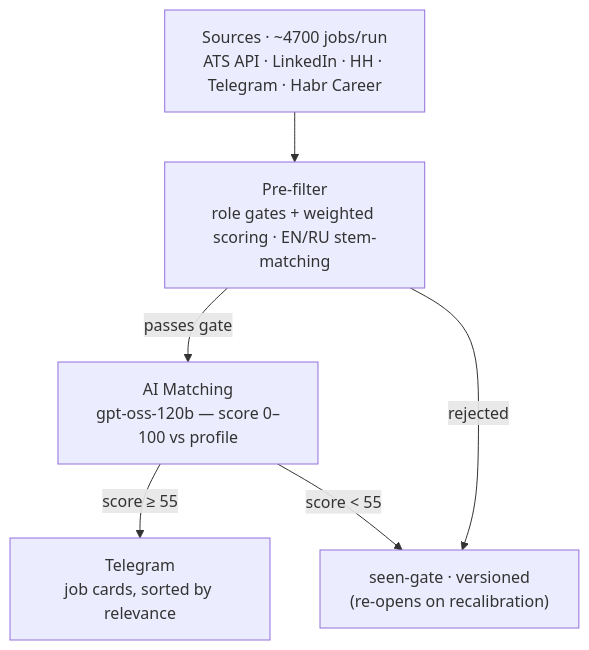
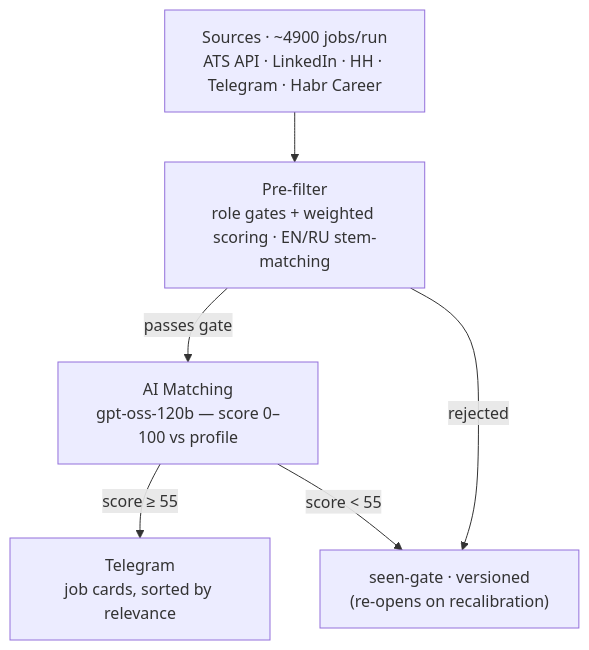
One commit to Aleksandr-Sit/job-hunter changed the diagram in README.md. Above: the diagram before and after it, drawn with Mermaid. The commit also changed other lines of this file, not shown here.

````diff
--- a/README.md
+++ b/README.md
@@ -23,8 +23,8 @@
 ```mermaid
 flowchart TD
-    A["Sources · ~4700 jobs/run<br/>ATS API · LinkedIn · HH · Telegram · Habr Career"] --> B["Pre-filter<br/>role gates + weighted scoring · EN/RU stem-matching"]
+    A["Sources · ~4900 jobs/run<br/>ATS API · LinkedIn · HH · Telegram · Habr Career"] --> B["Pre-filter<br/>role gates + weighted scoring · EN/RU stem-matching"]
     B -->|passes gate| C["AI Matching<br/>gpt-oss-120b — score 0–100 vs profile"]
     B -->|rejected| X["seen-gate · versioned<br/>(re-opens on recalibration)"]
     C -->|score &ge; 55| D["Telegram<br/>job cards, sorted by relevance"]
     C -->|score &lt; 55| X
 ```
````
